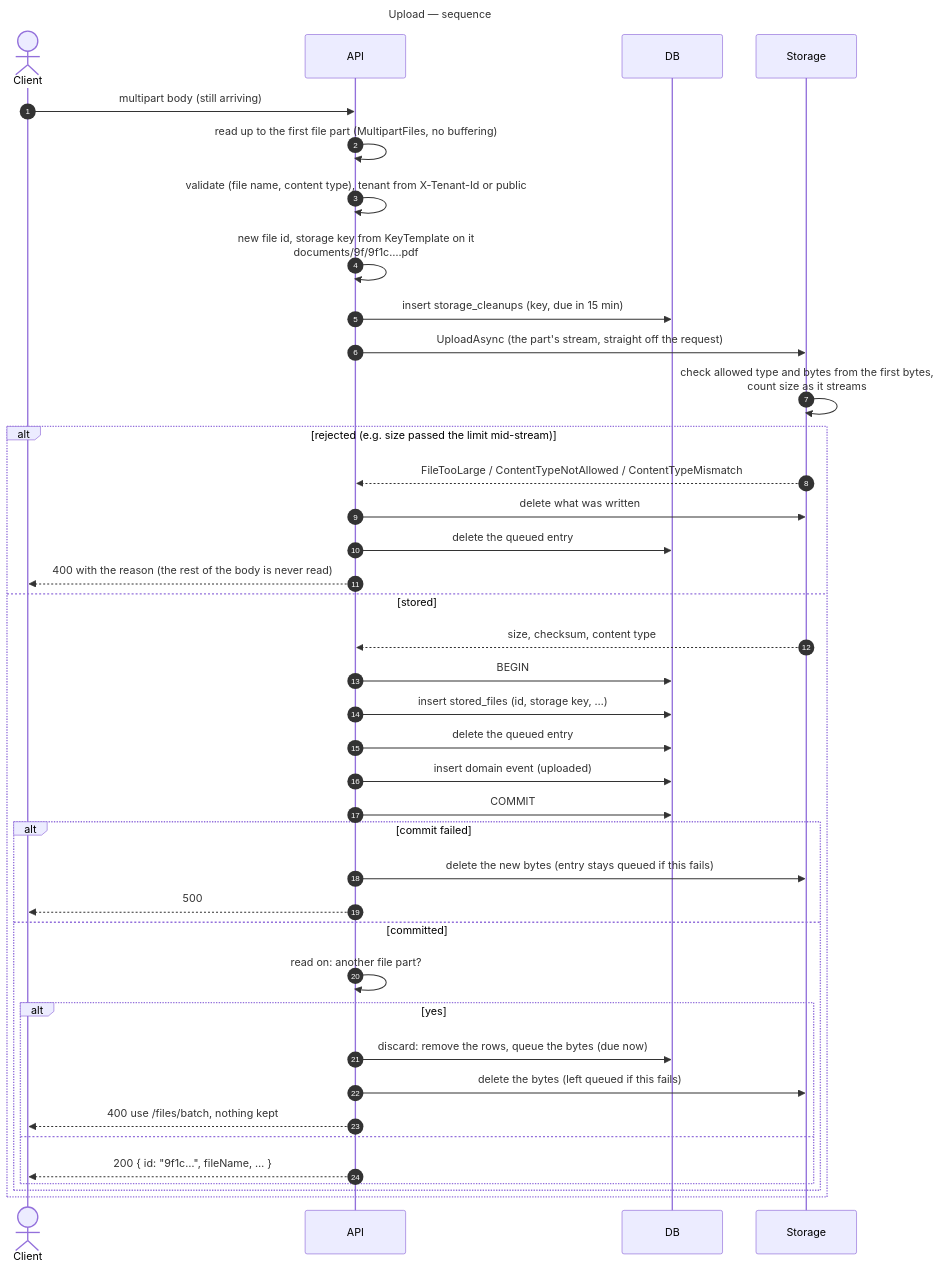
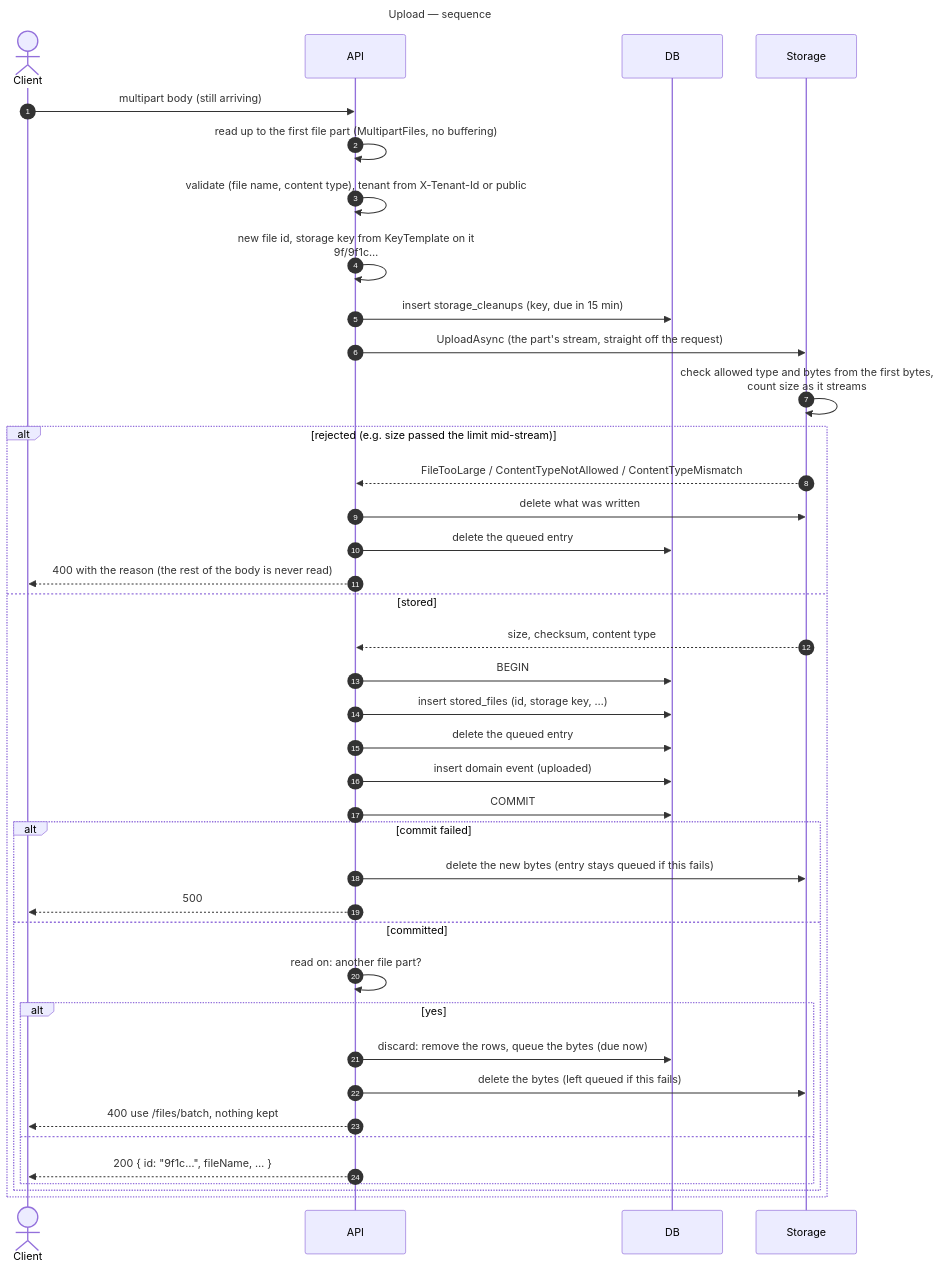
One commit to gmetskhvarishvili/GM.FileStorage.Samples changed the third of 15 diagrams in docs/sequence-diagrams.md. Above: the diagram before and after it, drawn with Mermaid. The commit also changed other lines of this file and 15 other files, not shown here.

````diff
--- a/docs/sequence-diagrams.md
+++ b/docs/sequence-diagrams.md
@@ -93,45 +93,45 @@
 ```mermaid
 ---
 title: Upload — sequence
 ---
 sequenceDiagram
     autonumber
     actor C as Client
     participant API
     participant DB
     participant S as Storage
 
     C->>API: multipart body (still arriving)
     API->>API: read up to the first file part (MultipartFiles, no buffering)
     API->>API: validate (file name, content type), tenant from X-Tenant-Id or public
-    API->>API: new file id, storage key from KeyTemplate on it<br/>documents/9f/9f1c….pdf
+    API->>API: new file id, storage key from KeyTemplate on it<br/>9f/9f1c…
     API->>DB: insert storage_cleanups (key, due in 15 min)
     API->>S: UploadAsync (the part's stream, straight off the request)
     S->>S: check allowed type and bytes from the first bytes,<br/>count size as it streams
     alt rejected (e.g. size passed the limit mid-stream)
         S-->>API: FileTooLarge / ContentTypeNotAllowed / ContentTypeMismatch
         API->>S: delete what was written
         API->>DB: delete the queued entry
         API-->>C: 400 with the reason (the rest of the body is never read)
     else stored
         S-->>API: size, checksum, content type
         API->>DB: BEGIN
         API->>DB: insert stored_files (id, storage key, …)
         API->>DB: delete the queued entry
         API->>DB: insert domain event (uploaded)
         API->>DB: COMMIT
         alt commit failed
             API->>S: delete the new bytes (entry stays queued if this fails)
             API-->>C: 500
         else committed
             API->>API: read on: another file part?
             alt yes
                 API->>DB: discard: remove the rows, queue the bytes (due now)
                 API->>S: delete the bytes (left queued if this fails)
                 API-->>C: 400 use /files/batch, nothing kept
             else
                 API-->>C: 200 { id: "9f1c…", fileName, … }
             end
         end
     end
 ```
````
